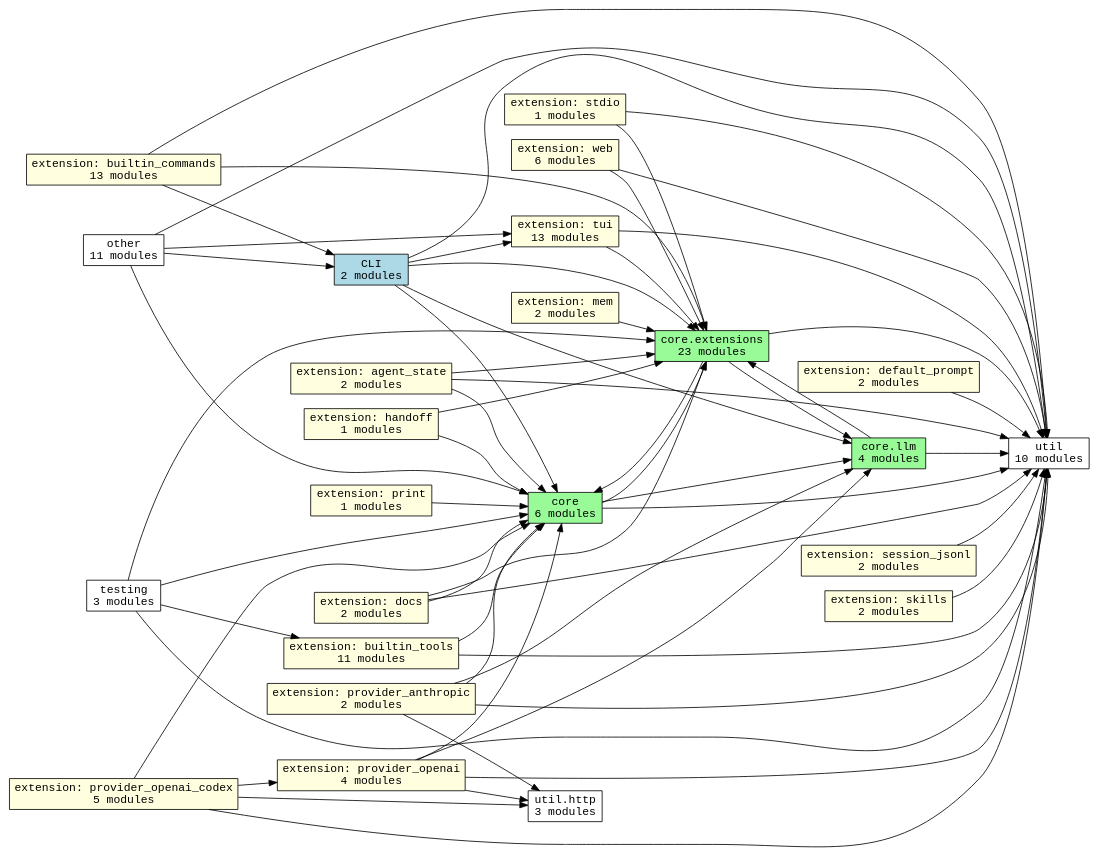
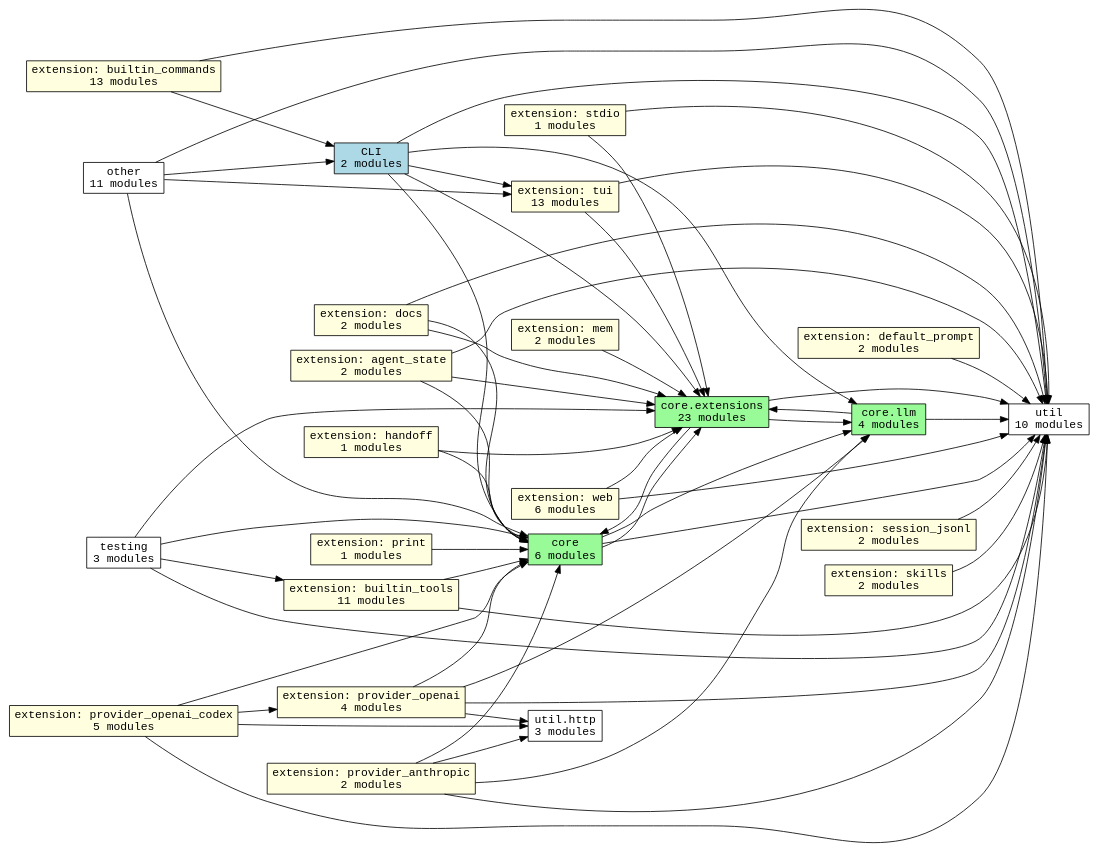
One commit to acmiyaguchi/fen changed the diagram in docs/generated/graphs/subsystems.dot. Above: the diagram before and after it, drawn with Graphviz. The commit also changed 15 other files, not shown here.

Commit message:
Refactor builtin commands onto extension API

```diff
--- a/docs/generated/graphs/subsystems.dot
+++ b/docs/generated/graphs/subsystems.dot
@@ -1,86 +1,85 @@
 digraph fen_subsystems {
   graph [rankdir=LR];
   node [shape=box, fontname="monospace"];
   edge [fontname="monospace"];
   "cli" [fillcolor="lightblue", label="CLI\n2 modules", style="filled"];
   "core" [fillcolor="palegreen", label="core\n6 modules", style="filled"];
   "core.extensions" [fillcolor="palegreen", label="core.extensions\n23 modules", style="filled"];
   "core.llm" [fillcolor="palegreen", label="core.llm\n4 modules", style="filled"];
   "extension.agent_state" [fillcolor="lightyellow", label="extension: agent_state\n2 modules", style="filled"];
   "extension.builtin_commands" [fillcolor="lightyellow", label="extension: builtin_commands\n13 modules", style="filled"];
   "extension.builtin_tools" [fillcolor="lightyellow", label="extension: builtin_tools\n11 modules", style="filled"];
   "extension.default_prompt" [fillcolor="lightyellow", label="extension: default_prompt\n2 modules", style="filled"];
   "extension.docs" [fillcolor="lightyellow", label="extension: docs\n2 modules", style="filled"];
   "extension.handoff" [fillcolor="lightyellow", label="extension: handoff\n1 modules", style="filled"];
   "extension.mem" [fillcolor="lightyellow", label="extension: mem\n2 modules", style="filled"];
   "extension.print" [fillcolor="lightyellow", label="extension: print\n1 modules", style="filled"];
   "extension.provider_anthropic" [fillcolor="lightyellow", label="extension: provider_anthropic\n2 modules", style="filled"];
   "extension.provider_openai" [fillcolor="lightyellow", label="extension: provider_openai\n4 modules", style="filled"];
   "extension.provider_openai_codex" [fillcolor="lightyellow", label="extension: provider_openai_codex\n5 modules", style="filled"];
   "extension.session_jsonl" [fillcolor="lightyellow", label="extension: session_jsonl\n2 modules", style="filled"];
   "extension.skills" [fillcolor="lightyellow", label="extension: skills\n2 modules", style="filled"];
   "extension.stdio" [fillcolor="lightyellow", label="extension: stdio\n1 modules", style="filled"];
   "extension.tui" [fillcolor="lightyellow", label="extension: tui\n13 modules", style="filled"];
   "extension.web" [fillcolor="lightyellow", label="extension: web\n6 modules", style="filled"];
   "other" [fillcolor="white", label="other\n11 modules", style="filled"];
   "testing" [fillcolor="white", label="testing\n3 modules", style="filled"];
   "util" [fillcolor="white", label="util\n10 modules", style="filled"];
   "util.http" [fillcolor="white", label="util.http\n3 modules", style="filled"];
   "cli" -> "core";
   "cli" -> "core.extensions";
   "cli" -> "core.llm";
   "cli" -> "extension.tui";
   "cli" -> "util";
   "core" -> "core.extensions";
   "core" -> "core.llm";
   "core" -> "util";
   "core.extensions" -> "core";
   "core.extensions" -> "core.llm";
   "core.extensions" -> "util";
   "core.llm" -> "core.extensions";
   "core.llm" -> "util";
   "extension.agent_state" -> "core";
   "extension.agent_state" -> "core.extensions";
   "extension.agent_state" -> "util";
   "extension.builtin_commands" -> "cli";
-  "extension.builtin_commands" -> "core.extensions";
   "extension.builtin_commands" -> "util";
   "extension.builtin_tools" -> "core";
   "extension.builtin_tools" -> "util";
   "extension.default_prompt" -> "util";
   "extension.docs" -> "core";
   "extension.docs" -> "core.extensions";
   "extension.docs" -> "util";
   "extension.handoff" -> "core";
   "extension.handoff" -> "core.extensions";
   "extension.mem" -> "core.extensions";
   "extension.print" -> "core";
   "extension.provider_anthropic" -> "core";
   "extension.provider_anthropic" -> "core.llm";
   "extension.provider_anthropic" -> "util";
   "extension.provider_anthropic" -> "util.http";
   "extension.provider_openai" -> "core";
   "extension.provider_openai" -> "core.llm";
   "extension.provider_openai" -> "util";
   "extension.provider_openai" -> "util.http";
   "extension.provider_openai_codex" -> "core";
   "extension.provider_openai_codex" -> "extension.provider_openai";
   "extension.provider_openai_codex" -> "util";
   "extension.provider_openai_codex" -> "util.http";
   "extension.session_jsonl" -> "util";
   "extension.skills" -> "util";
   "extension.stdio" -> "core.extensions";
   "extension.stdio" -> "util";
   "extension.tui" -> "core.extensions";
   "extension.tui" -> "util";
   "extension.web" -> "core.extensions";
   "extension.web" -> "util";
   "other" -> "cli";
   "other" -> "core";
   "other" -> "extension.tui";
   "other" -> "util";
   "testing" -> "core";
   "testing" -> "core.extensions";
   "testing" -> "extension.builtin_tools";
   "testing" -> "util";
 }
```
